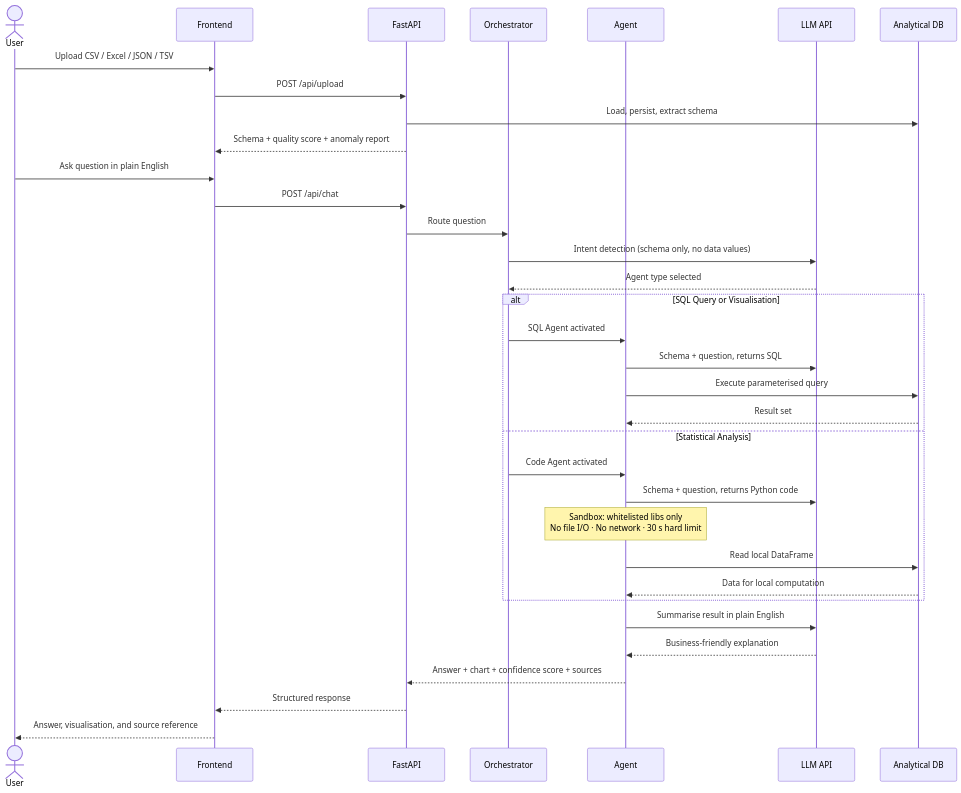
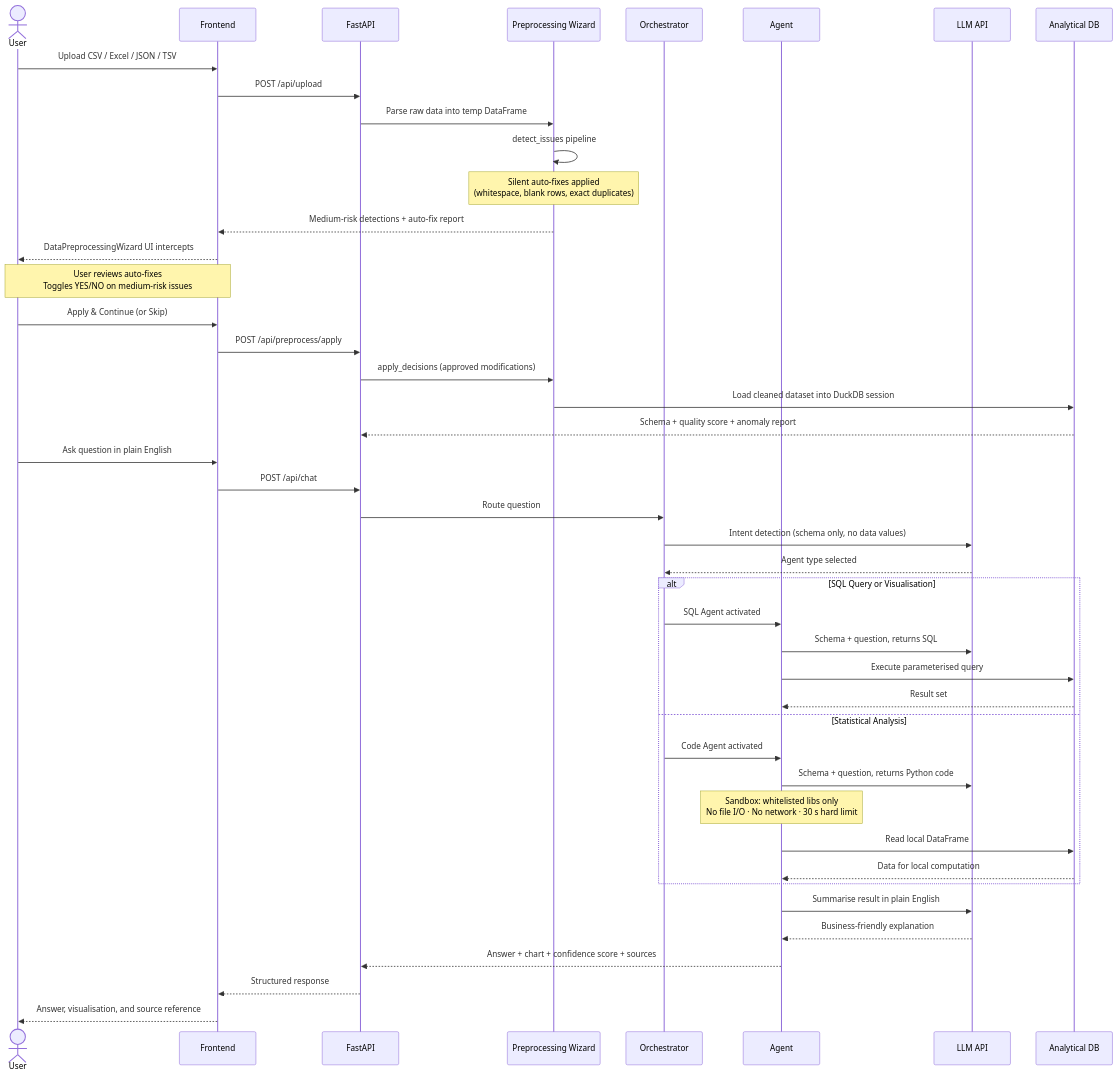
The second of 2 diagrams in README.md (Gagan202005/DataTalk), drawn with Mermaid before and after one commit. The commit also changed other lines of this file, not shown here.

First line of the commit message:
Enhance README with Preprocessing Wizard information

````diff
--- a/README.md
+++ b/README.md
@@ -41,40 +44,51 @@
 ```mermaid
 sequenceDiagram
     actor U as User
     participant F as Frontend
     participant B as FastAPI
+    participant W as Preprocessing Wizard
     participant O as Orchestrator
     participant A as Agent
     participant L as LLM API
     participant D as Analytical DB
 
     U->>F: Upload CSV / Excel / JSON / TSV
     F->>B: POST /api/upload
-    B->>D: Load, persist, extract schema
-    B-->>F: Schema + quality score + anomaly report
+    B->>W: Parse raw data into temp DataFrame
+    W->>W: detect_issues pipeline
+    Note over W: Silent auto-fixes applied<br/>(whitespace, blank rows, exact duplicates)
+    W-->>F: Medium-risk detections + auto-fix report
+
+    F-->>U: DataPreprocessingWizard UI intercepts
+    Note over U,F: User reviews auto-fixes<br/>Toggles YES/NO on medium-risk issues
+    U->>F: Apply & Continue (or Skip)
+    F->>B: POST /api/preprocess/apply
+    B->>W: apply_decisions (approved modifications)
+    W->>D: Load cleaned dataset into DuckDB session
+    D-->>B: Schema + quality score + anomaly report
 
     U->>F: Ask question in plain English
     F->>B: POST /api/chat
     B->>O: Route question
     O->>L: Intent detection (schema only, no data values)
     L-->>O: Agent type selected
 
     alt SQL Query or Visualisation
         O->>A: SQL Agent activated
         A->>L: Schema + question, returns SQL
         A->>D: Execute parameterised query
         D-->>A: Result set
     else Statistical Analysis
         O->>A: Code Agent activated
         A->>L: Schema + question, returns Python code
         Note over A: Sandbox: whitelisted libs only<br/>No file I/O · No network · 30 s hard limit
         A->>D: Read local DataFrame
         D-->>A: Data for local computation
     end
 
     A->>L: Summarise result in plain English
     L-->>A: Business-friendly explanation
     A-->>B: Answer + chart + confidence score + sources
     B-->>F: Structured response
     F-->>U: Answer, visualisation, and source reference
 ```
````
